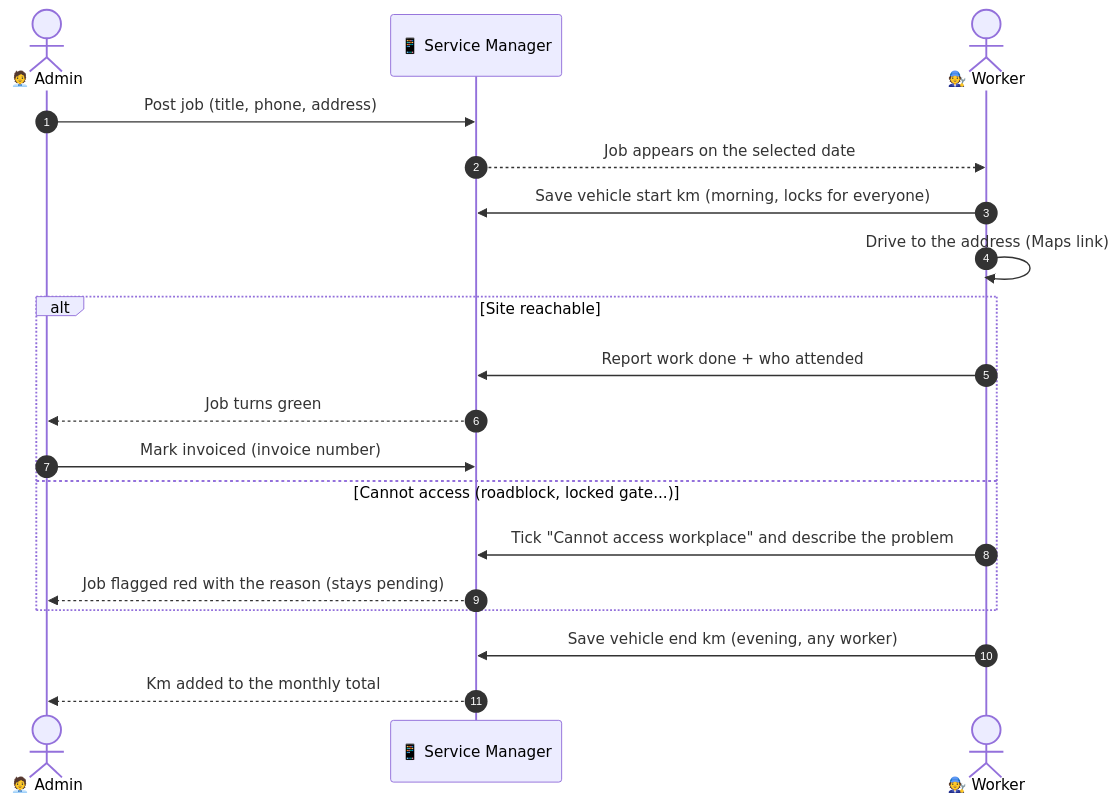
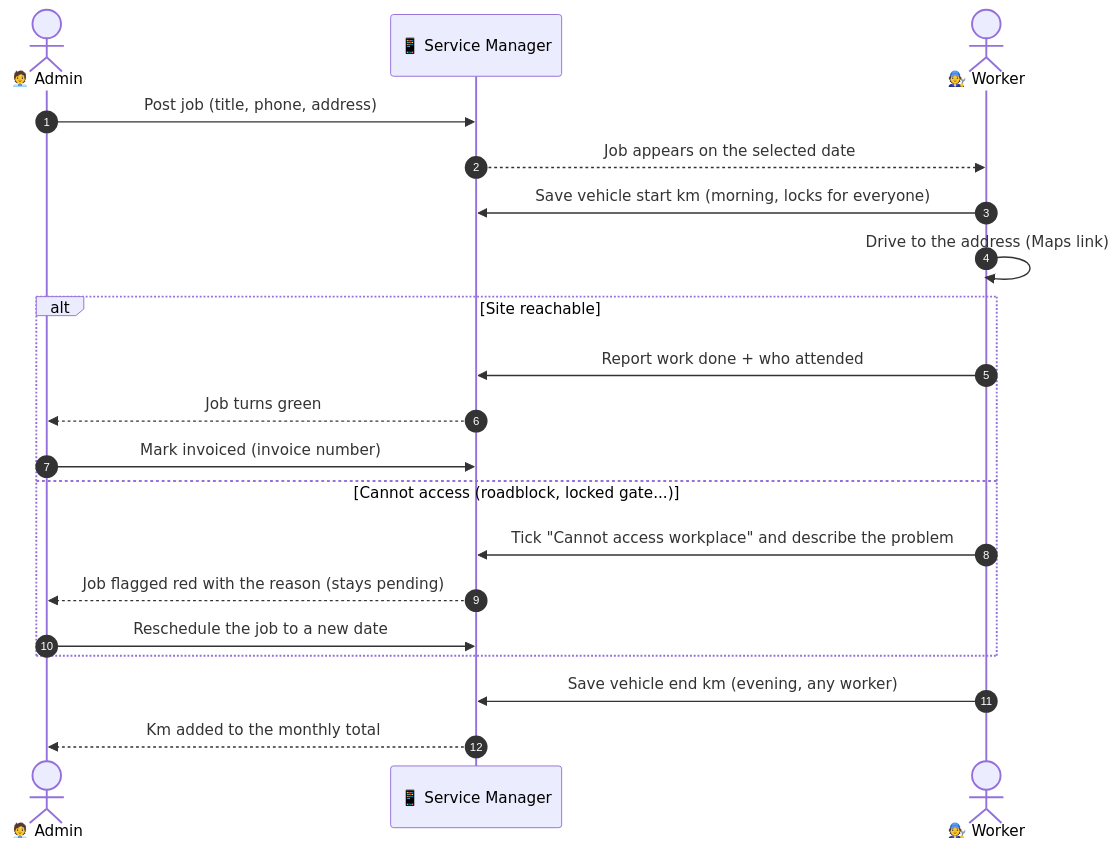
One commit to sankhas-desk/cctv-manager changed the first of 3 diagrams in README.md. Above: the diagram before and after it, drawn with Mermaid. The commit also changed other lines of this file, not shown here.

````diff
--- a/README.md
+++ b/README.md
@@ -49,22 +53,23 @@
 ```mermaid
 sequenceDiagram
     autonumber
     actor A as 🧑‍💼 Admin
     participant S as 📱 Service Manager
     actor W as 🧑‍🔧 Worker
 
     A->>S: Post job (title, phone, address)
     S-->>W: Job appears on the selected date
     W->>S: Save vehicle start km (morning, locks for everyone)
     W->>W: Drive to the address (Maps link)
     alt Site reachable
         W->>S: Report work done + who attended
         S-->>A: Job turns green
         A->>S: Mark invoiced (invoice number)
     else Cannot access (roadblock, locked gate...)
         W->>S: Tick "Cannot access workplace" and describe the problem
         S-->>A: Job flagged red with the reason (stays pending)
+        A->>S: Reschedule the job to a new date
     end
     W->>S: Save vehicle end km (evening, any worker)
     S-->>A: Km added to the monthly total
 ```
````
